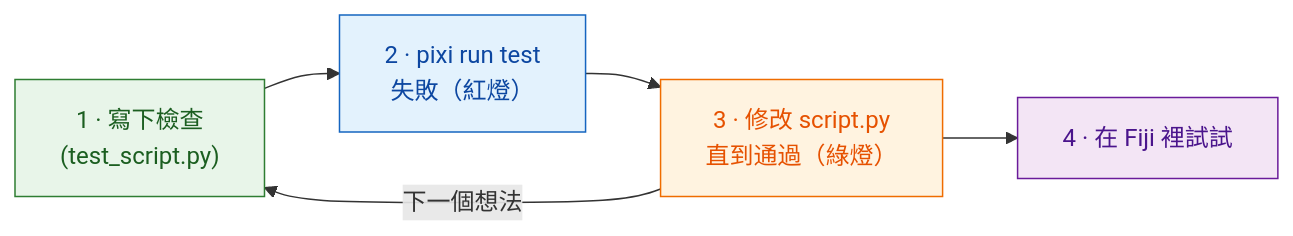
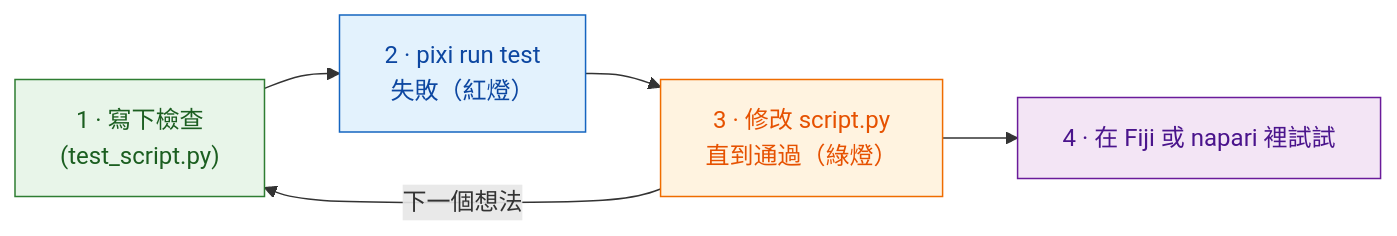
The diagram in guide/write/test-without-fiji.zh-Hant.md (Oxford-Zeiss-Centre-of-Excellence/Wavu), drawn with Mermaid before and after one commit. The commit also changed other lines of this file and 70 other files, not shown here.

````diff
--- a/guide/write/test-without-fiji.zh-Hant.md
+++ b/guide/write/test-without-fiji.zh-Hant.md
@@ -17,14 +17,14 @@
 ```mermaid
 flowchart LR
     T["1 · 寫下檢查<br/>(test_script.py)"]:::worker
     R["2 · pixi run test<br/>失敗（紅燈）"]:::fiji
     S["3 · 修改 script.py<br/>直到通過（綠燈）"]:::script
-    F["4 · 在 Fiji 裡試試"]:::env
+    F["4 · 在 Fiji 或 napari 裡試試"]:::env
     T --> R --> S --> F
     S -- "下一個想法" --> T
 
     classDef fiji   fill:#e3f2fd,stroke:#1565c0,color:#0d47a1
     classDef worker fill:#e8f5e9,stroke:#2e7d32,color:#1b5e20
     classDef script fill:#fff3e0,stroke:#ef6c00,color:#e65100
     classDef env    fill:#f3e5f5,stroke:#6a1b9a,color:#4a148c
 ```
````
